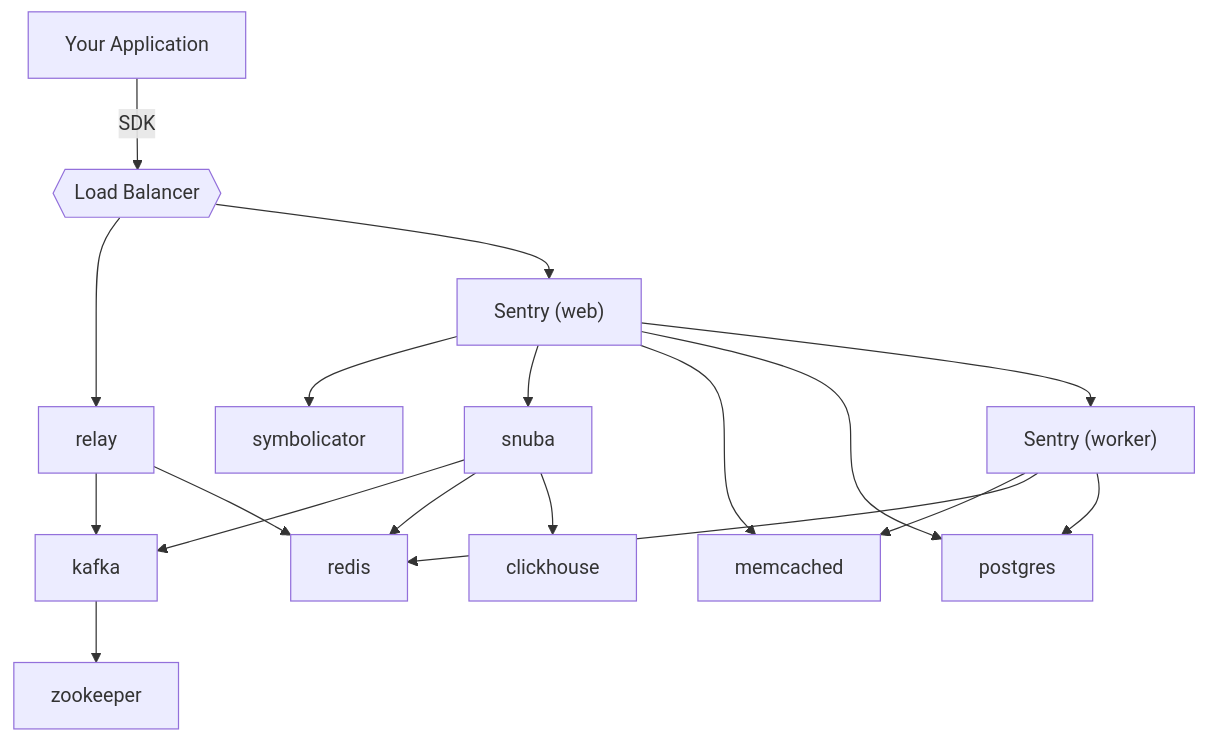
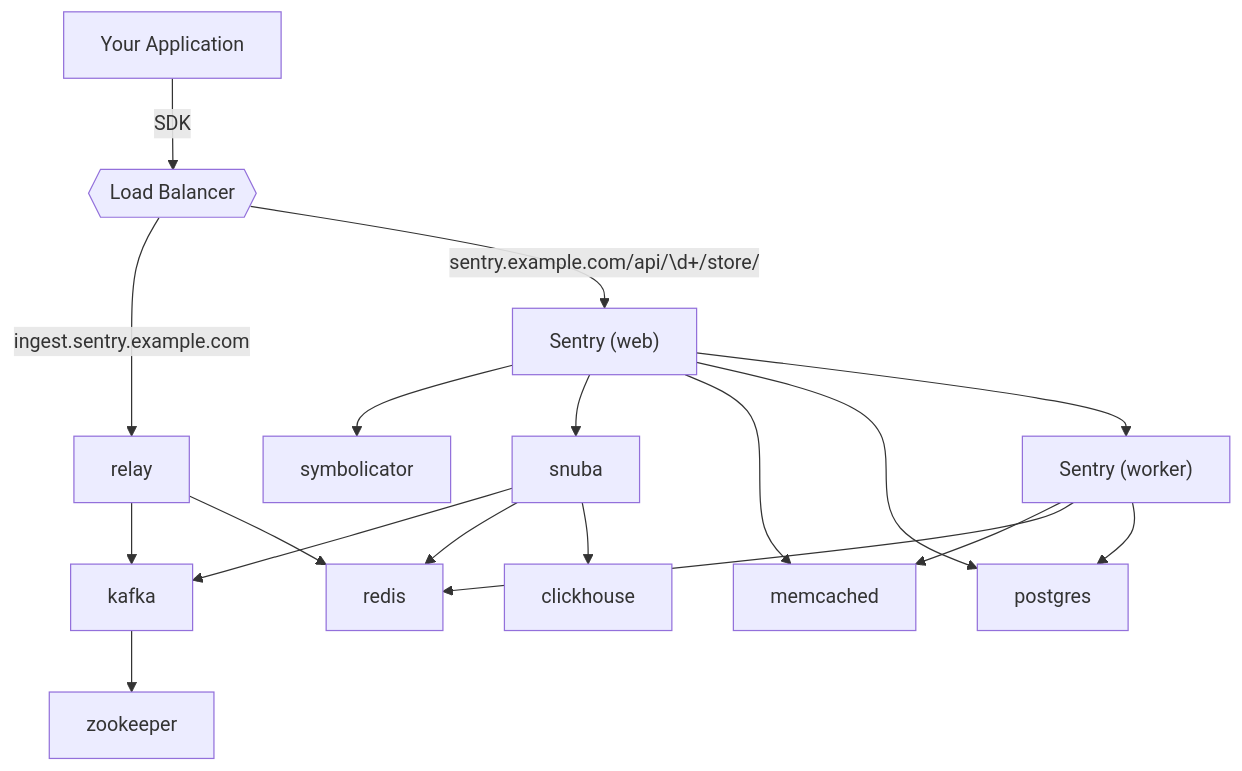
One commit to getsentry/develop changed the diagram in src/docs/architecture.mdx. Above: the diagram before and after it, drawn with Mermaid.

Commit message:
Label routing endpoints

````diff
--- a/src/docs/architecture.mdx
+++ b/src/docs/architecture.mdx
@@ -7,23 +7,23 @@
 ```mermaid
 graph TD
 app[Your Application] --> |SDK| lb{{Load Balancer}}
-lb --> relay
-lb --> sentry_web["Sentry (web)"]
+lb --> |"ingest.sentry.example.com"| relay
+lb --> |"sentry.example.com/api/\d+/store/"| sentry_web["Sentry (web)"]
 relay --> kafka
 relay --> redis
 sentry_web --> symbolicator
 sentry_web --> snuba
 sentry_web --> memcached
 sentry_web --> postgres
 snuba --> kafka
 snuba --> redis
 snuba --> clickhouse
 kafka --> zookeeper
 sentry_web --> sentry_worker["Sentry (worker)"]
 sentry_worker --> memcached
 sentry_worker --> redis
 sentry_worker --> postgres
 
 click snuba "https://github.com/getsentry/snuba" "Snuba Documentation"
 click relay "https://github.com/getsentry/relay" "Relay Documentation"
 ```
````
